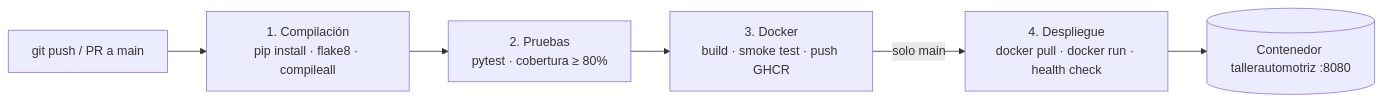
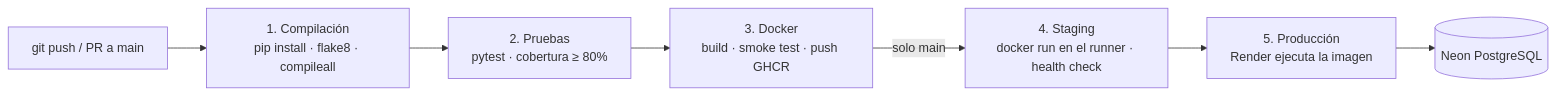
The diagram in README.md (alfredohuchupe/tallerautomotriz), drawn with Mermaid before and after one commit. The commit also changed other lines of this file and 8 other files, not shown here.

First line of the commit message:
Soporte PostgreSQL (Neon) y despliegue en Render

````diff
--- a/README.md
+++ b/README.md
@@ -58,8 +58,9 @@
 ```mermaid
 flowchart LR
     A[git push / PR a main] --> B[1. Compilación<br/>pip install · flake8 · compileall]
     B --> C[2. Pruebas<br/>pytest · cobertura ≥ 80%]
     C --> D[3. Docker<br/>build · smoke test · push GHCR]
-    D -->|solo main| E[4. Despliegue<br/>docker pull · docker run · health check]
-    E --> F[(Contenedor tallerautomotriz :8080)]
+    D -->|solo main| E[4. Staging<br/>docker run en el runner · health check]
+    E --> F[5. Producción<br/>Render ejecuta la imagen]
+    F --> G[(Neon PostgreSQL)]
 ```
````
